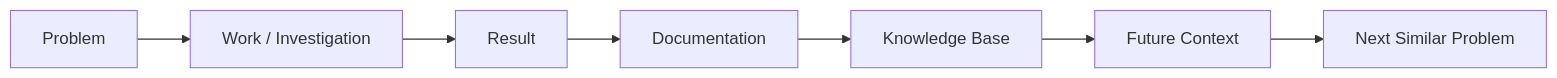
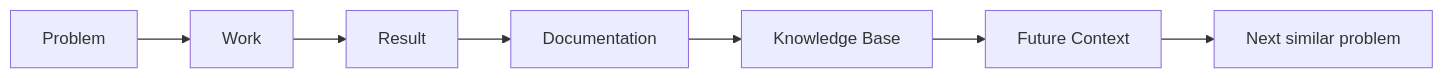
Before and after one commit to p0ki/personal-ai-infrastructure: the second of 2 diagrams in ARCHITECTURE.md, drawn with Mermaid. The commit also changed other lines of this file, not shown here.

Commit message:
docs: clarify autonomous agent architecture

````diff
--- a/ARCHITECTURE.md
+++ b/ARCHITECTURE.md
@@ -208,9 +264,9 @@
 ```mermaid
 flowchart LR
-    P[Problem] --> W[Work / Investigation]
+    P[Problem] --> W[Work]
     W --> R[Result]
     R --> D[Documentation]
     D --> K[Knowledge Base]
     K --> C[Future Context]
-    C --> P2[Next Similar Problem]
+    C --> N[Next similar problem]
 ```
````
